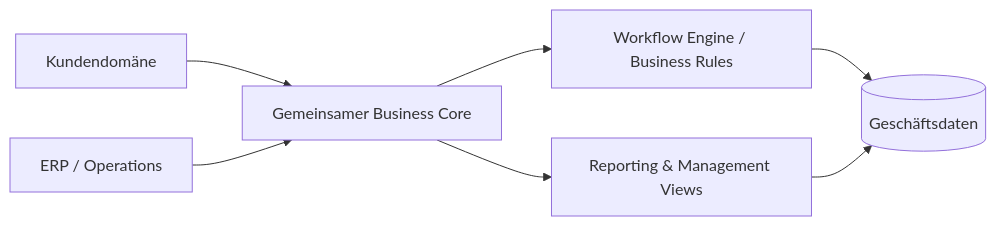
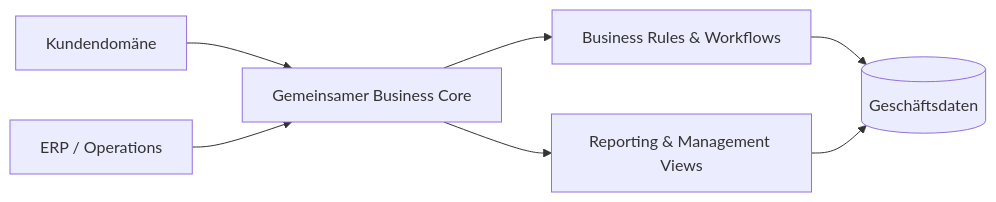
Before and after one commit to tahakubilay/enterprise-crm-erp: the diagram in README.de.md, drawn with Mermaid. The commit also changed other lines of this file, not shown here.

````diff
--- a/README.de.md
+++ b/README.de.md
@@ -52,9 +39,9 @@
 ```mermaid
 flowchart LR
-    CUSTOMER[Kundendomäne] --> CORE[Gemeinsamer Business Core]
-    OPERATIONS[ERP / Operations] --> CORE
-    CORE --> WORKFLOW[Workflow Engine / Business Rules]
+    CRM[Kundendomäne] --> CORE[Gemeinsamer Business Core]
+    ERP[ERP / Operations] --> CORE
+    CORE --> RULES[Business Rules & Workflows]
     CORE --> REPORTS[Reporting & Management Views]
-    WORKFLOW --> DATA[(Geschäftsdaten)]
+    RULES --> DATA[(Geschäftsdaten)]
     REPORTS --> DATA
 ```
````
